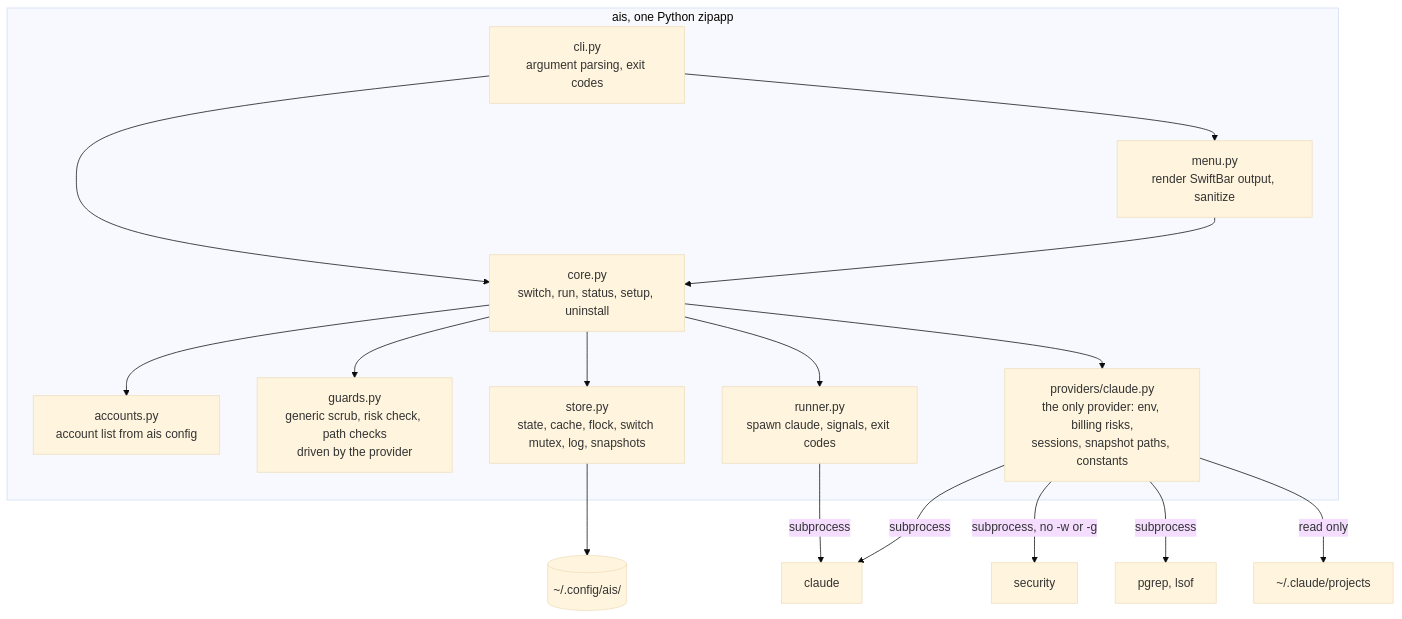
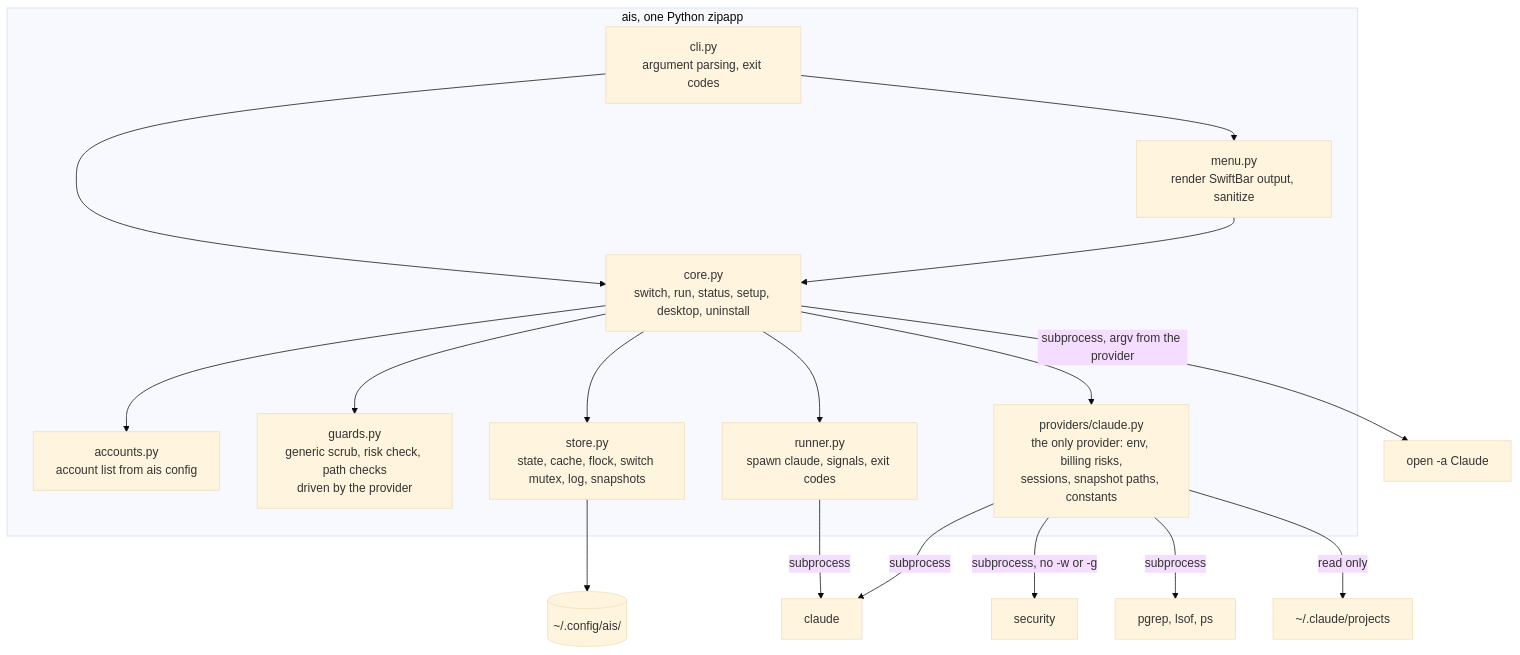
The second of 2 diagrams in docs/architecture.md (rojcarranza/ai-account-switcher), drawn with Mermaid (base theme) before and after one commit. The commit also changed other lines of this file and 7 other files, not shown here.

````diff
--- a/docs/architecture.md
+++ b/docs/architecture.md
@@ -34,27 +36,28 @@
 ```mermaid
 flowchart TB
   subgraph ais [ais, one Python zipapp]
     cli[cli.py<br/>argument parsing, exit codes]
-    core[core.py<br/>switch, run, status, setup, uninstall]
+    core[core.py<br/>switch, run, status, setup, desktop, uninstall]
     menu[menu.py<br/>render SwiftBar output, sanitize]
     acct[accounts.py<br/>account list from ais config]
     guards[guards.py<br/>generic scrub, risk check, path checks<br/>driven by the provider]
     store[store.py<br/>state, cache, flock, switch mutex, log, snapshots]
     run[runner.py<br/>spawn claude, signals, exit codes]
     prov[providers/claude.py<br/>the only provider: env, billing risks,<br/>sessions, snapshot paths, constants]
   end
   cli --> core
   cli --> menu
   menu --> core
   core --> acct
   core --> guards
   core --> store
   core --> run
   core --> prov
   run -->|subprocess| claudebin[claude]
   prov -->|subprocess| claudebin
   prov -->|subprocess, no -w or -g| security[security]
-  prov -->|subprocess| ps[pgrep, lsof]
+  prov -->|subprocess| ps[pgrep, lsof, ps]
+  core -->|subprocess, argv from the provider| open[open -a Claude]
   prov -->|read only| projects[~/.claude/projects]
   store --> aisdir[(~/.config/ais/)]
 ```
````
